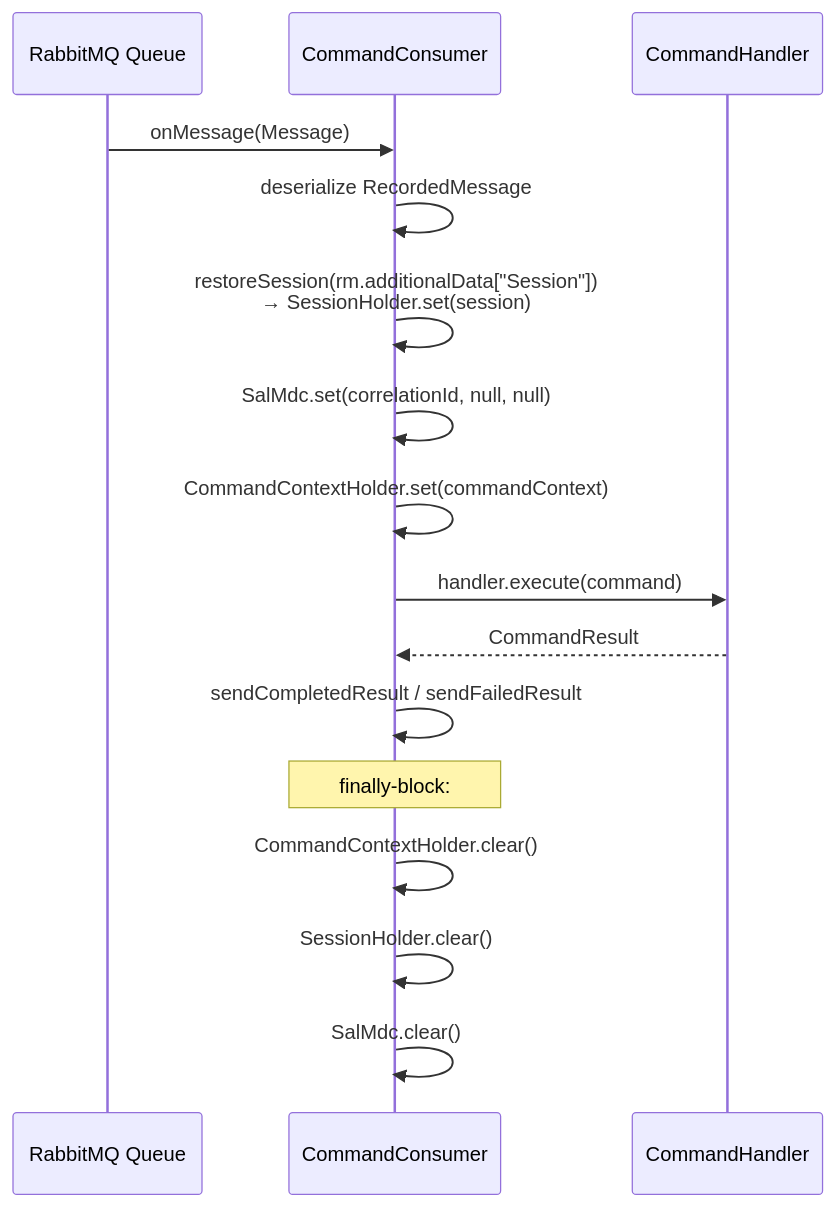
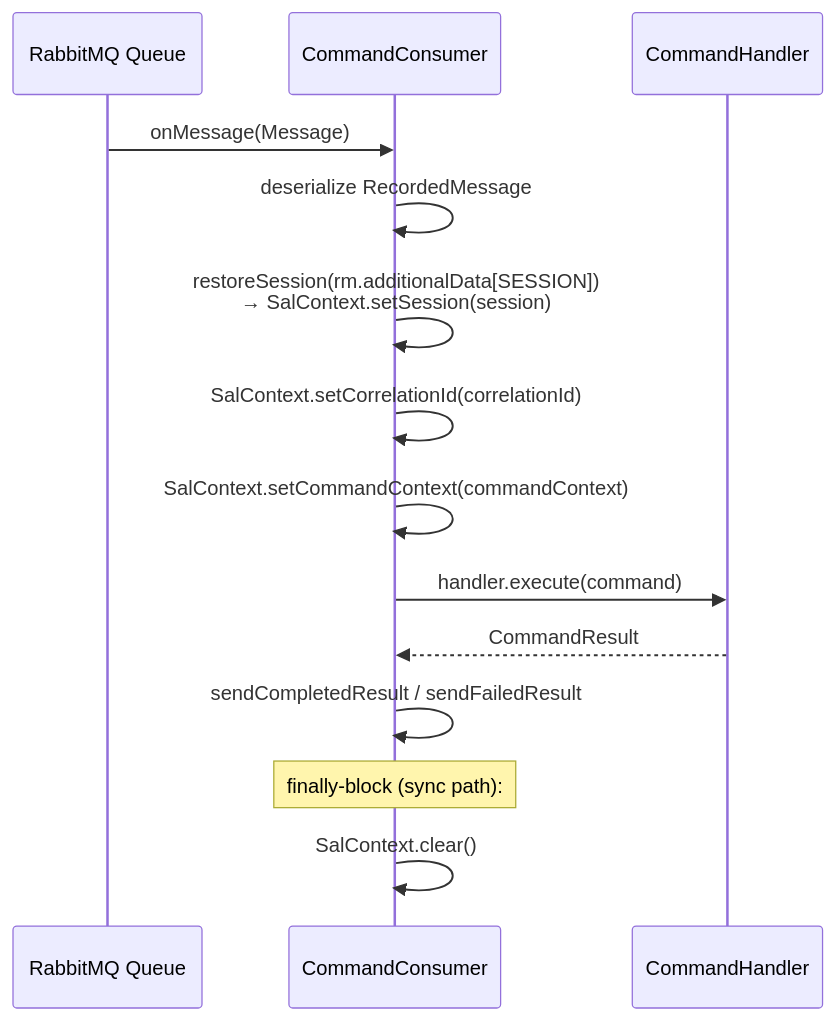
One commit to yuragavrilov-sketch/sal changed the seventh of 7 diagrams in docs/architecture.md. Above: the diagram before and after it, drawn with Mermaid. The commit also changed other lines of this file and 7 other files, not shown here.

First line of the commit message:
docs: sync with queue-only architecture — purge web/WatchDog/legacy context holders

````diff
--- a/docs/architecture.md
+++ b/docs/architecture.md
@@ -370,19 +344,17 @@
 ```mermaid
 sequenceDiagram
     participant RMQ as RabbitMQ Queue
     participant CC as CommandConsumer
     participant CH as CommandHandler
 
     RMQ->>CC: onMessage(Message)
     CC->>CC: deserialize RecordedMessage
-    CC->>CC: restoreSession(rm.additionalData["Session"])<br/>→ SessionHolder.set(session)
-    CC->>CC: SalMdc.set(correlationId, null, null)
-    CC->>CC: CommandContextHolder.set(commandContext)
+    CC->>CC: restoreSession(rm.additionalData[SESSION])<br/>→ SalContext.setSession(session)
+    CC->>CC: SalContext.setCorrelationId(correlationId)
+    CC->>CC: SalContext.setCommandContext(commandContext)
     CC->>CH: handler.execute(command)
     CH-->>CC: CommandResult
     CC->>CC: sendCompletedResult / sendFailedResult
-    Note over CC: finally-block:
-    CC->>CC: CommandContextHolder.clear()
-    CC->>CC: SessionHolder.clear()
-    CC->>CC: SalMdc.clear()
+    Note over CC: finally-block (sync path):
+    CC->>CC: SalContext.clear()
 ```
````
